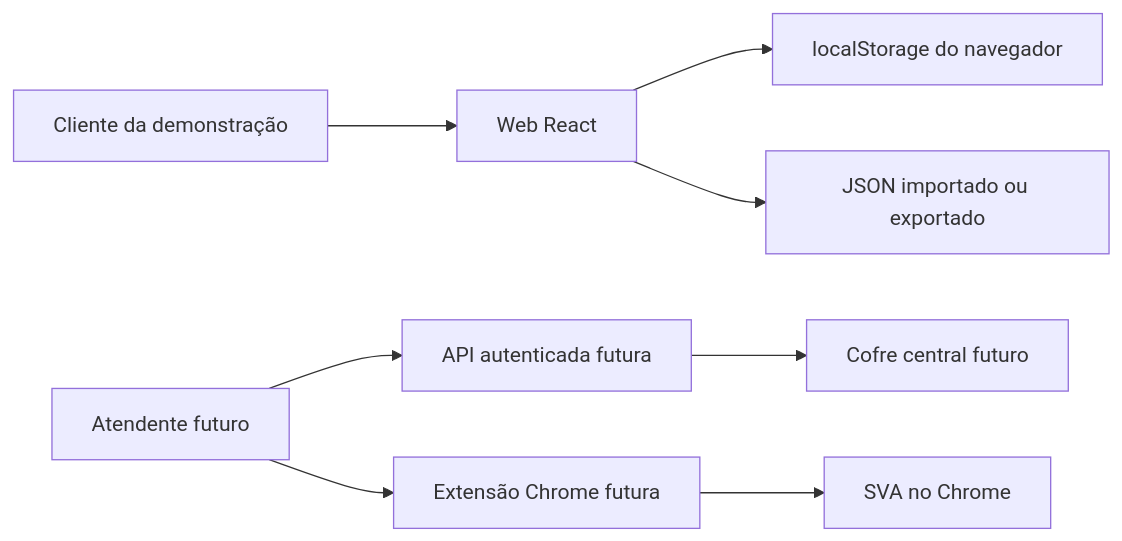
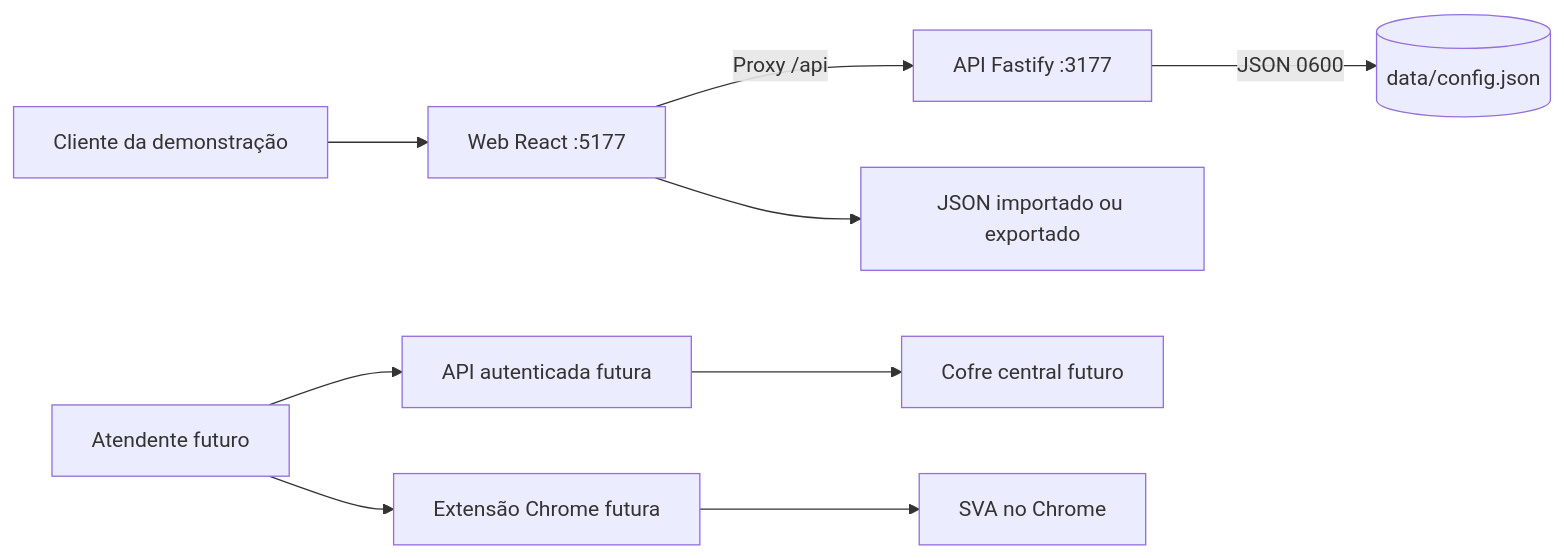
The diagram in docs/ARCHITECTURE.md (Rafael-Albernaz-dev/hublinks), drawn with Mermaid before and after one commit. The commit also changed other lines of this file and 24 other files, not shown here.

````diff
--- a/docs/ARCHITECTURE.md
+++ b/docs/ARCHITECTURE.md
@@ -3,10 +3,11 @@
 ```mermaid
 flowchart LR
-  C[Cliente da demonstração] --> W[Web React]
-  W --> L[localStorage do navegador]
+  C[Cliente da demonstração] --> W[Web React :5177]
+  W -->|Proxy /api| A[API Fastify :3177]
+  A -->|JSON 0600| D[(data/config.json)]
   W --> J[JSON importado ou exportado]
-  U[Atendente futuro] --> A[API autenticada futura]
-  A --> V[Cofre central futuro]
+  U[Atendente futuro] --> AP[API autenticada futura]
+  AP --> V[Cofre central futuro]
   U --> E[Extensão Chrome futura]
   E --> S[SVA no Chrome]
 ```
````
